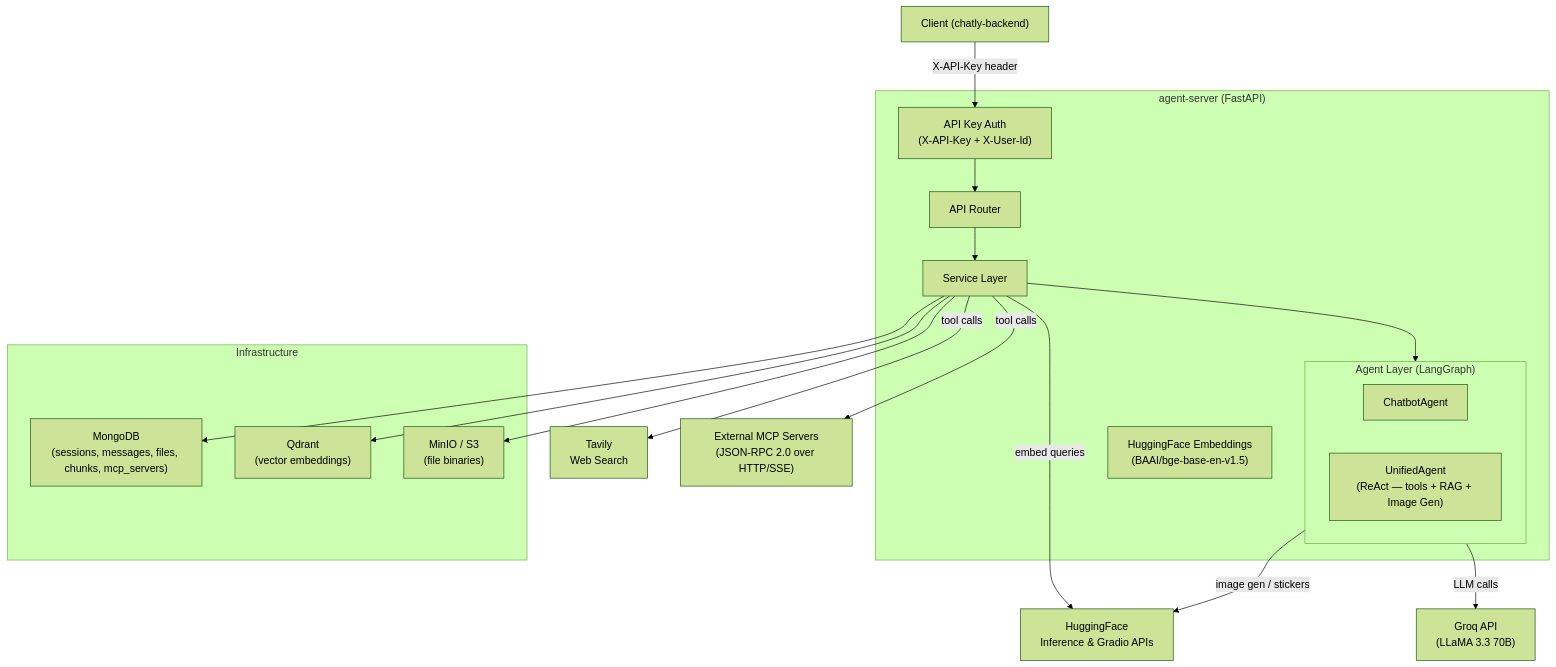
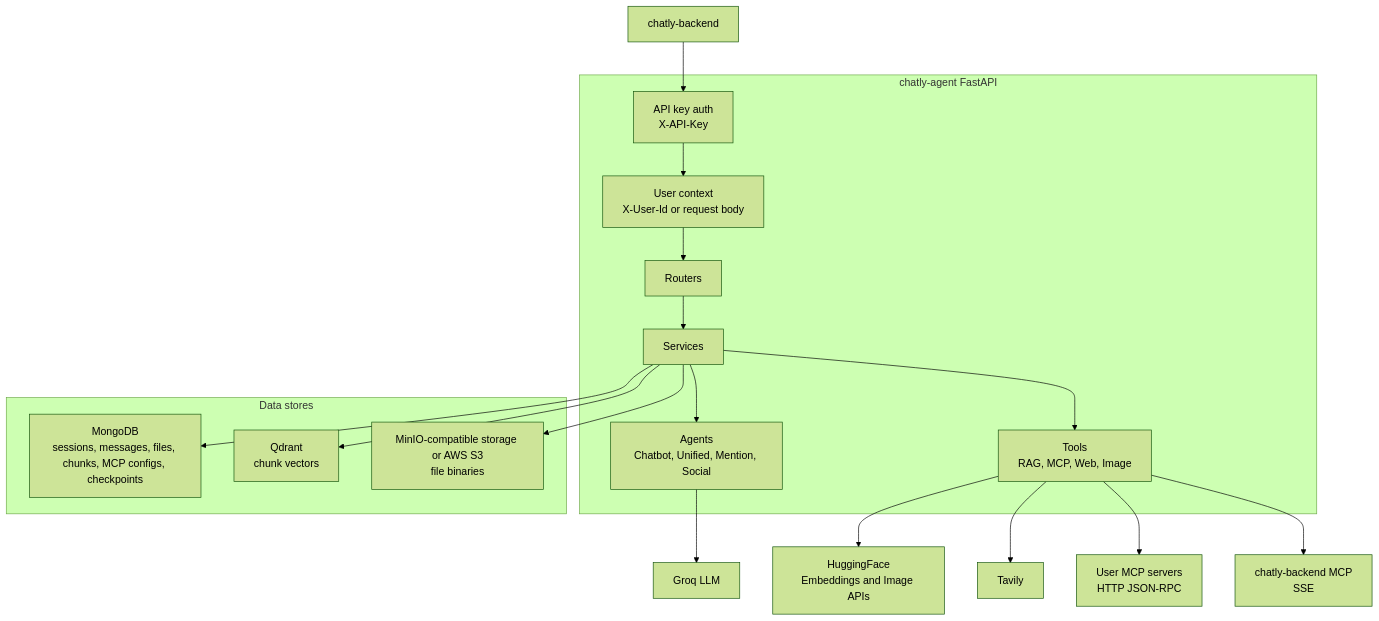
One commit to giasinguyen/chatly-messaging-platform changed the first of 12 diagrams in chatly-agent/ARCHITECTURE.md. Above: the diagram before and after it, drawn with Mermaid (forest theme). The commit also changed other lines of this file and 2 other files, not shown here.

First line of the commit message:
refactor: update README.md to reflect new Chatly Agent features and architecture

````diff
--- a/chatly-agent/ARCHITECTURE.md
+++ b/chatly-agent/ARCHITECTURE.md
@@ -23,41 +24,37 @@
 ```mermaid
 graph TB
-    Client["Client (chatly-backend)"] 
+    Backend["chatly-backend"]
 
-    subgraph agent-server ["agent-server (FastAPI)"]
-        Auth["API Key Auth\n(X-API-Key + X-User-Id)"]
-        Router["API Router"]
-        Service["Service Layer"]
-
-        subgraph Agents["Agent Layer (LangGraph)"]
-            CB["ChatbotAgent"]
-            UA["UnifiedAgent\n(ReAct — tools + RAG + Image Gen)"]
-        end
-
-        Embed["HuggingFace Embeddings\n(BAAI/bge-base-en-v1.5)"]
+    subgraph Agent["chatly-agent FastAPI"]
+        Auth["API key auth<br/>X-API-Key"]
+        UserCtx["User context<br/>X-User-Id or request body"]
+        Routers["Routers"]
+        Services["Services"]
+        Agents["Agents<br/>Chatbot, Unified, Mention, Social"]
+        Tools["Tools<br/>RAG, MCP, Web, Image"]
     end
 
-    Groq["Groq API\n(LLaMA 3.3 70B)"]
-    HF["HuggingFace\nInference & Gradio APIs"]
-    Tavily["Tavily\nWeb Search"]
-    MCP["External MCP Servers\n(JSON-RPC 2.0 over HTTP/SSE)"]
+    Groq["Groq LLM"]
+    HF["HuggingFace<br/>Embeddings and Image APIs"]
+    Tavily["Tavily"]
+    UserMCP["User MCP servers<br/>HTTP JSON-RPC"]
+    BackendMCP["chatly-backend MCP<br/>SSE"]
 
-    subgraph Infra["Infrastructure"]
-        Mongo["MongoDB\n(sessions, messages, files, chunks, mcp_servers)"]
-        Qdrant["Qdrant\n(vector embeddings)"]
-        MinIO["MinIO / S3\n(file binaries)"]
+    subgraph Data["Data stores"]
+        Mongo["MongoDB<br/>sessions, messages, files, chunks, MCP configs, checkpoints"]
+        Qdrant["Qdrant<br/>chunk vectors"]
+        Storage["MinIO-compatible storage or AWS S3<br/>file binaries"]
     end
 
-    Client -->|"X-API-Key header"| Auth
-    Auth --> Router
-    Router --> Service
-    Service --> Agents
-    Agents -->|"LLM calls"| Groq
-    Service -->|"embed queries"| HF
-    Service -->|"tool calls"| Tavily
-    Service -->|"tool calls"| MCP
-    Agents -->|"image gen / stickers"| HF
-    Service --> Mongo
-    Service --> Qdrant
-    Service --> MinIO
+    Backend --> Auth --> UserCtx --> Routers --> Services
+    Services --> Agents
+    Services --> Tools
+    Agents --> Groq
+    Tools --> HF
+    Tools --> Tavily
+    Tools --> UserMCP
+    Tools --> BackendMCP
+    Services --> Mongo
+    Services --> Qdrant
+    Services --> Storage
 ```
````
